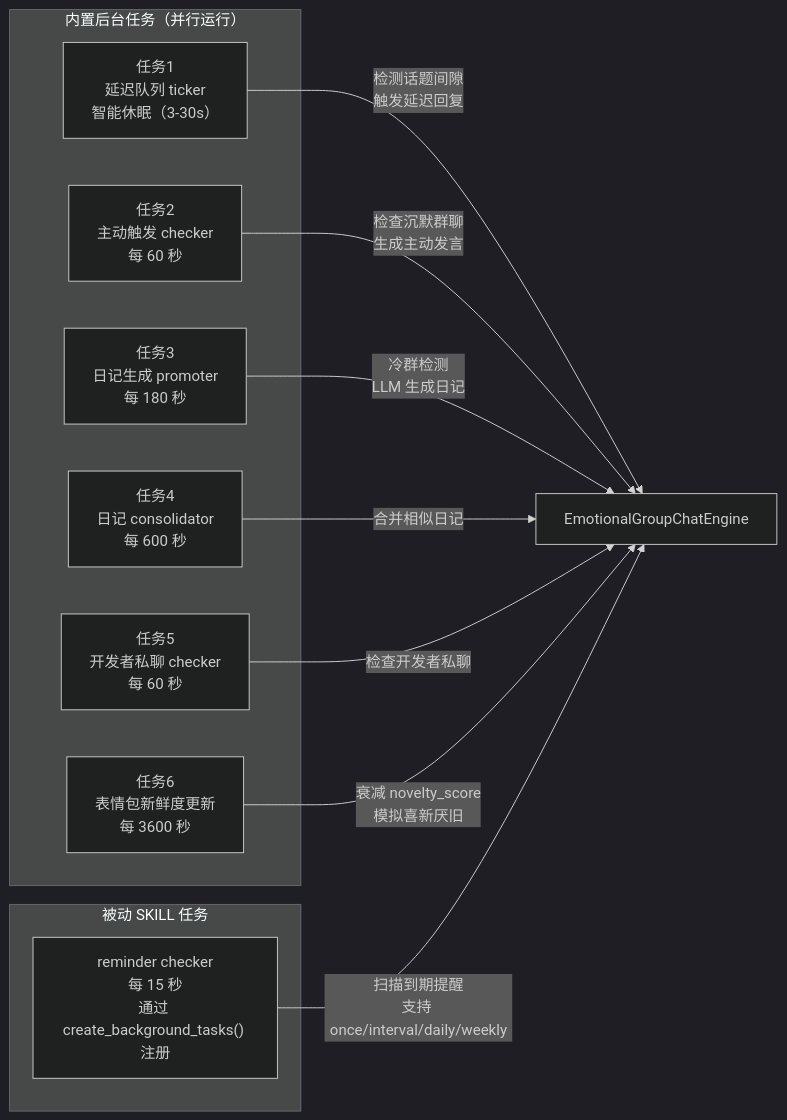
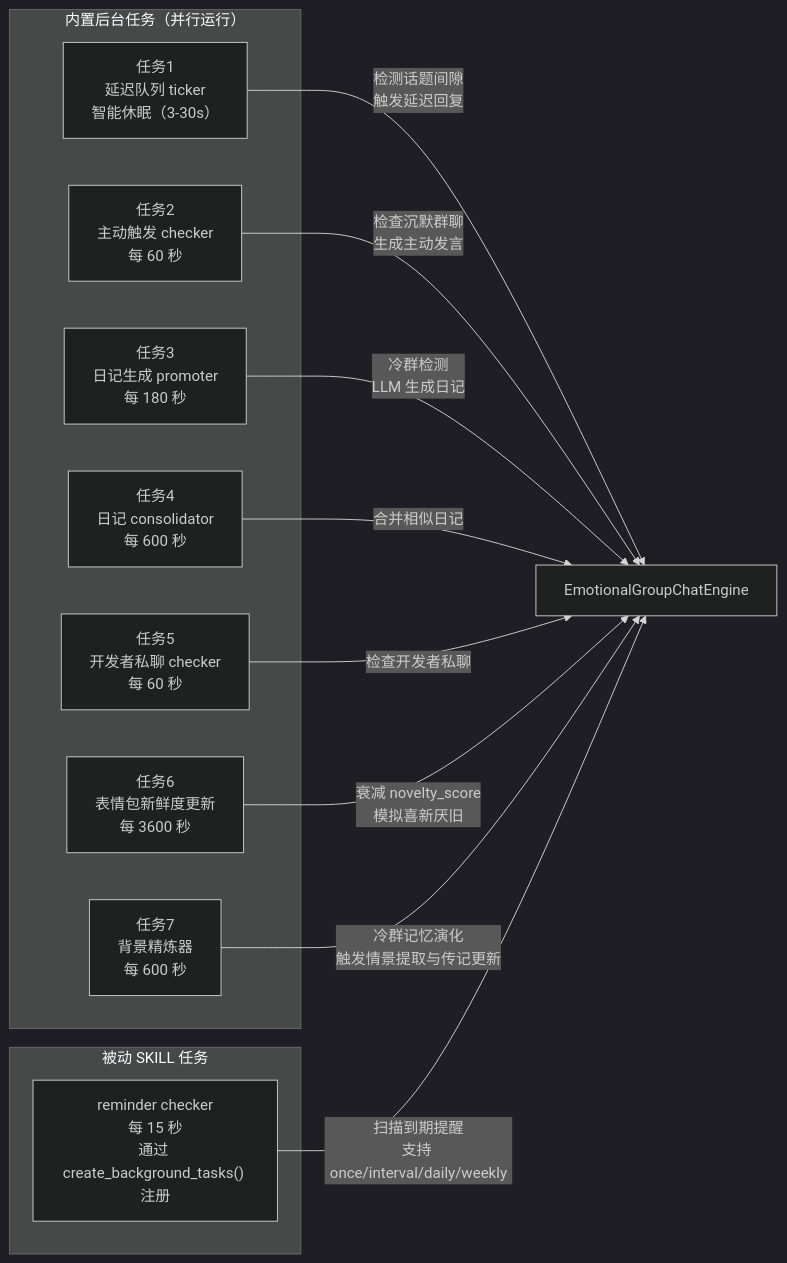
The seventh of 12 diagrams in guide/architecture-overview.md (LiveSirius/SiriusPulse-Docs), drawn with Mermaid (dark theme) before and after one commit. The commit also changed other lines of this file and 6 other files, not shown here.

````diff
--- a/guide/architecture-overview.md
+++ b/guide/architecture-overview.md
@@ -298,23 +298,25 @@
 ```mermaid
 flowchart LR
     subgraph BG["内置后台任务（并行运行）"]
         T1["任务1<br/>延迟队列 ticker<br/>智能休眠（3-30s）"]
         T2["任务2<br/>主动触发 checker<br/>每 60 秒"]
         T3["任务3<br/>日记生成 promoter<br/>每 180 秒"]
         T4["任务4<br/>日记 consolidator<br/>每 600 秒"]
         T5["任务5<br/>开发者私聊 checker<br/>每 60 秒"]
         T6["任务6<br/>表情包新鲜度更新<br/>每 3600 秒"]
+        T7["任务7<br/>背景精炼器<br/>每 600 秒"]
     end
 
     subgraph PassiveSK["被动 SKILL 任务"]
-        T7["reminder checker<br/>每 15 秒<br/>通过 create_background_tasks() 注册"]
+        T8["reminder checker<br/>每 15 秒<br/>通过 create_background_tasks() 注册"]
     end
 
     T1 -->|"检测话题间隙<br/>触发延迟回复"| Engine["EmotionalGroupChatEngine"]
     T2 -->|"检查沉默群聊<br/>生成主动发言"| Engine
     T3 -->|"冷群检测<br/>LLM 生成日记"| Engine
     T4 -->|"合并相似日记"| Engine
     T5 -->|"检查开发者私聊"| Engine
     T6 -->|"衰减 novelty_score<br/>模拟喜新厌旧"| Engine
-    T7 -->|"扫描到期提醒<br/>支持 once/interval/daily/weekly"| Engine
+    T7 -->|"冷群记忆演化<br/>触发情景提取与传记更新"| Engine
+    T8 -->|"扫描到期提醒<br/>支持 once/interval/daily/weekly"| Engine
 ```
````
